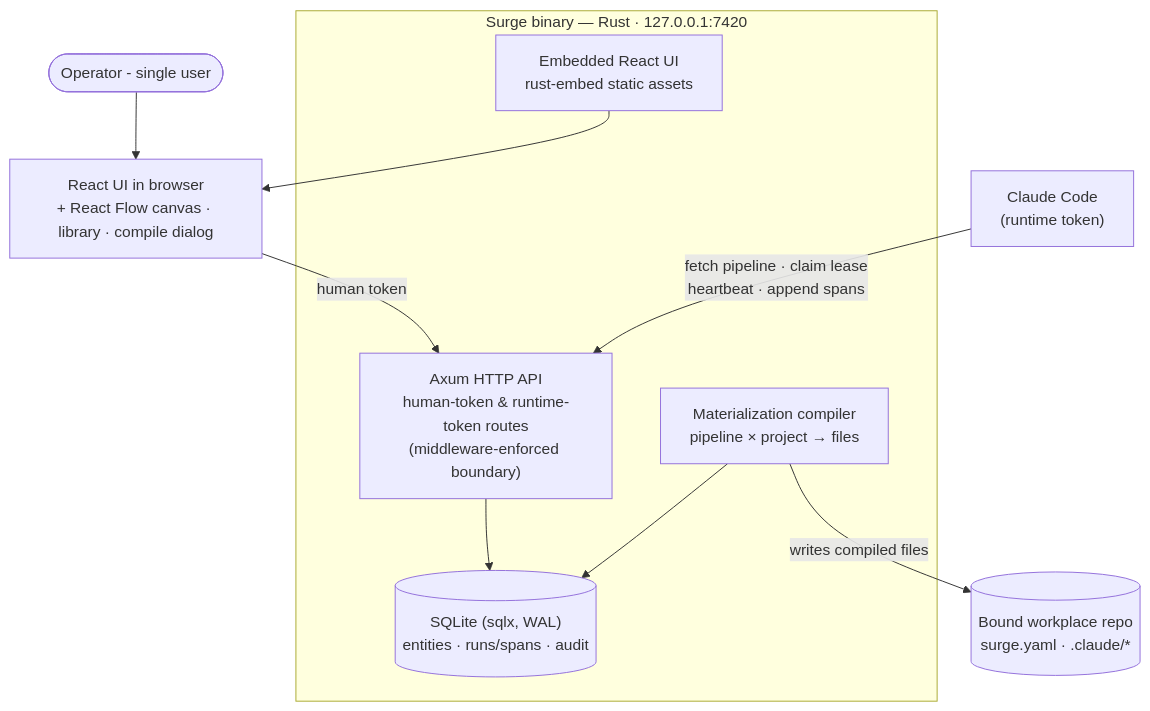
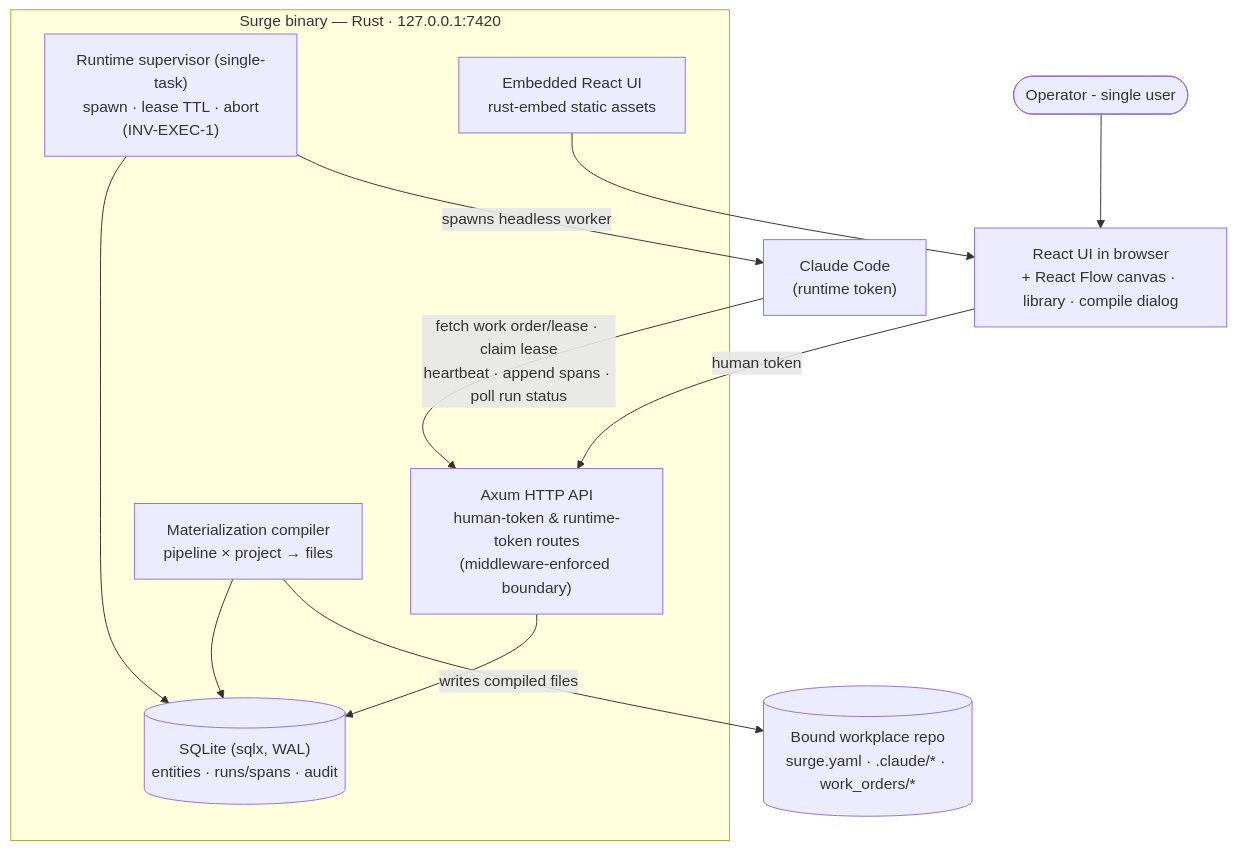
Before and after one commit to traitbound/surge: the diagram in docs/phases/phase-1/phase.md, drawn with Mermaid. The commit also changed other lines of this file and 8 other files, not shown here.

````diff
--- a/docs/phases/phase-1/phase.md
+++ b/docs/phases/phase-1/phase.md
@@ -44,23 +45,26 @@
 ```mermaid
 graph TB
     operator([Operator - single user])
 
     subgraph binary["Surge binary — Rust · 127.0.0.1:7420"]
         api["Axum HTTP API<br/>human-token & runtime-token routes<br/>(middleware-enforced boundary)"]
         db[("SQLite (sqlx, WAL)<br/>entities · runs/spans · audit")]
         compiler["Materialization compiler<br/>pipeline × project → files"]
+        supervisor["Runtime supervisor (single-task)<br/>spawn · lease TTL · abort<br/>(INV-EXEC-1)"]
         ui_assets["Embedded React UI<br/>rust-embed static assets"]
     end
 
     browser["React UI in browser<br/>+ React Flow canvas · library · compile dialog"]
     runtime["Claude Code<br/>(runtime token)"]
-    repo[("Bound workplace repo<br/>surge.yaml · .claude/*")]
+    repo[("Bound workplace repo<br/>surge.yaml · .claude/* · work_orders/*")]
 
     operator --> browser
     browser -->|"human token"| api
     ui_assets --> browser
-    runtime -->|"fetch pipeline · claim lease<br/>heartbeat · append spans"| api
+    supervisor --> db
+    supervisor -->|"spawns headless worker"| runtime
+    runtime -->|"fetch work order/lease · claim lease<br/>heartbeat · append spans · poll run status"| api
     api --> db
     compiler --> db
     compiler -->|"writes compiled files"| repo
 ```
````
